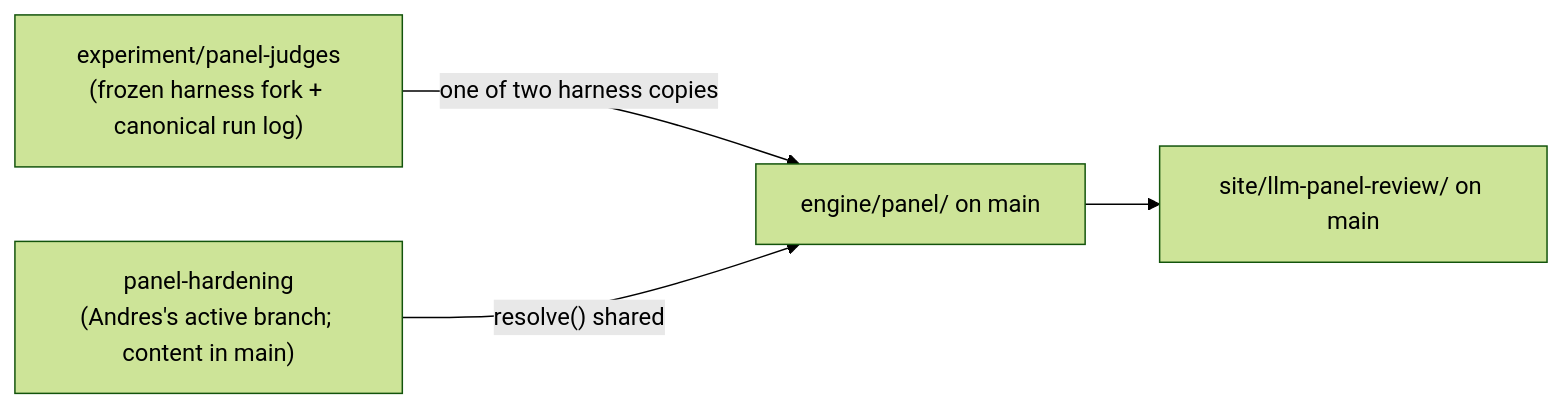
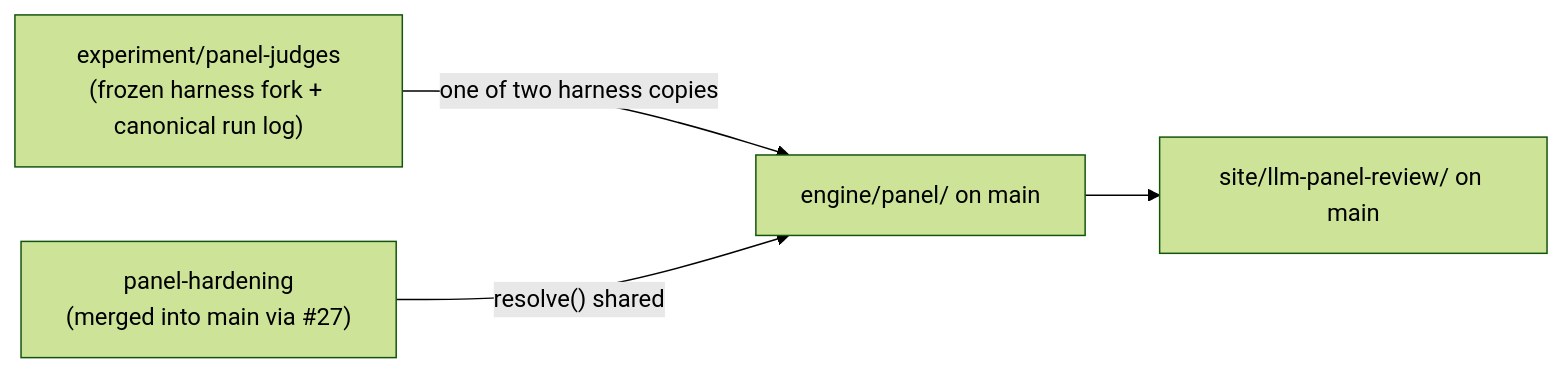
The diagram in experiments-branches.md (AndresCotton/ai-character-index), drawn with Mermaid (forest theme) before and after one commit. The commit also changed other lines of this file and 15 other files, not shown here.

First line of the commit message:
docs: sync with main (#27 panel-hardening merged) -- provenance 72e2e6b

````diff
--- a/experiments-branches.md
+++ b/experiments-branches.md
@@ -25,6 +25,6 @@
 ```mermaid
 graph LR
   exp["experiment/panel-judges<br/>(frozen harness fork + canonical run log)"] -->|"one of two harness copies"| engp["engine/panel/ on main"]
-  hard["panel-hardening<br/>(Andres's active branch; content in main)"] -->|"resolve() shared"| engp
+  hard["panel-hardening<br/>(merged into main via #27)"] -->|"resolve() shared"| engp
   engp --> site["site/llm-panel-review/ on main"]
 ```
````
